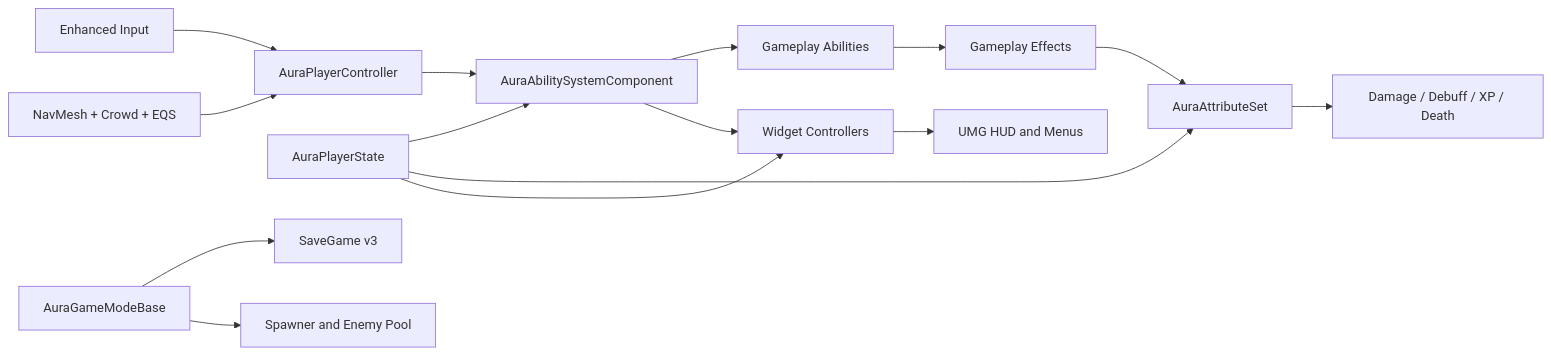
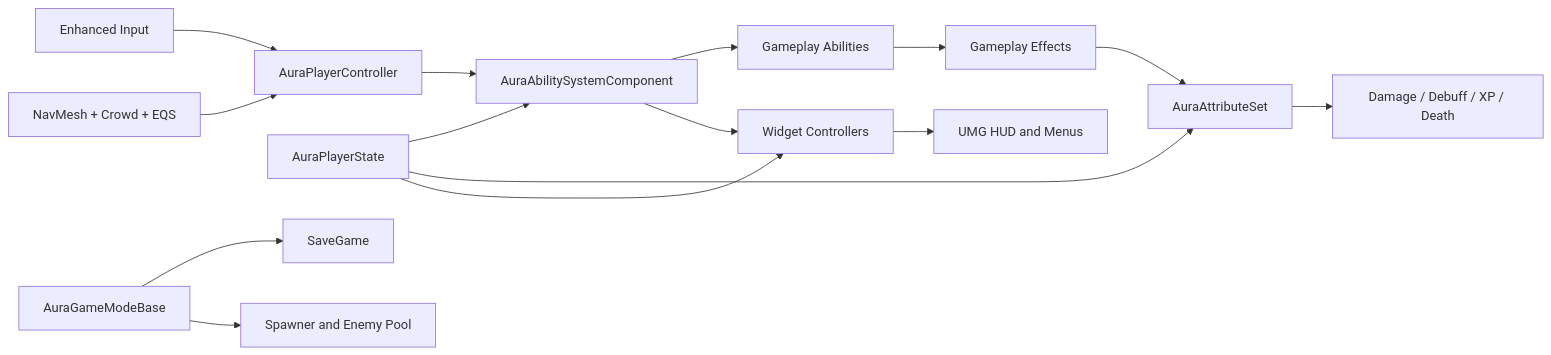
One commit to xiaoruichaomei/Aura changed the diagram in README.md. Above: the diagram before and after it, drawn with Mermaid. The commit also changed other lines of this file, not shown here.

````diff
--- a/README.md
+++ b/README.md
@@ -41,17 +178,17 @@
 ```mermaid
 flowchart LR
     Input[Enhanced Input] --> PC[AuraPlayerController]
     PC --> ASC[AuraAbilitySystemComponent]
     PS[AuraPlayerState] --> ASC
     PS --> AS[AuraAttributeSet]
     ASC --> GA[Gameplay Abilities]
     GA --> GE[Gameplay Effects]
     GE --> AS
     AS --> Combat[Damage / Debuff / XP / Death]
     ASC --> WC[Widget Controllers]
     PS --> WC
     WC --> HUD[UMG HUD and Menus]
-    GM[AuraGameModeBase] --> Save[SaveGame v3]
+    GM[AuraGameModeBase] --> Save[SaveGame]
     GM --> Spawn[Spawner and Enemy Pool]
     Nav[NavMesh + Crowd + EQS] --> PC
 ```
````
